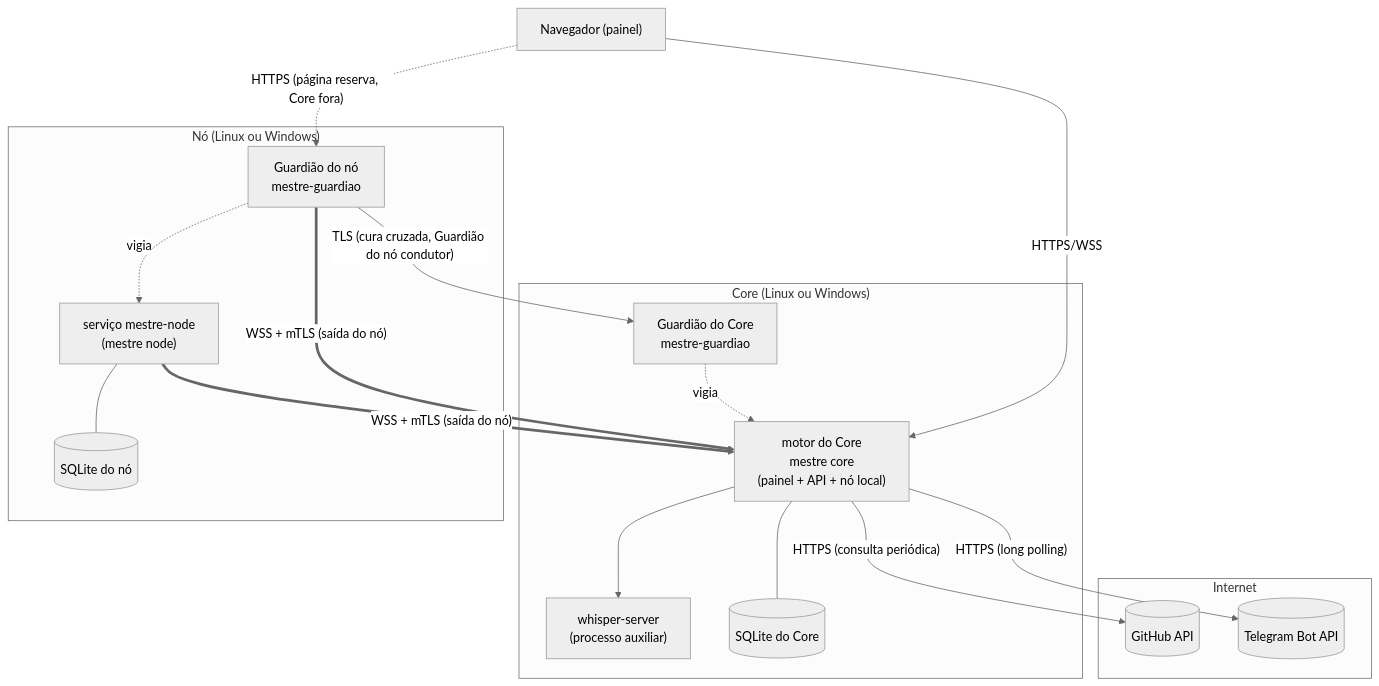
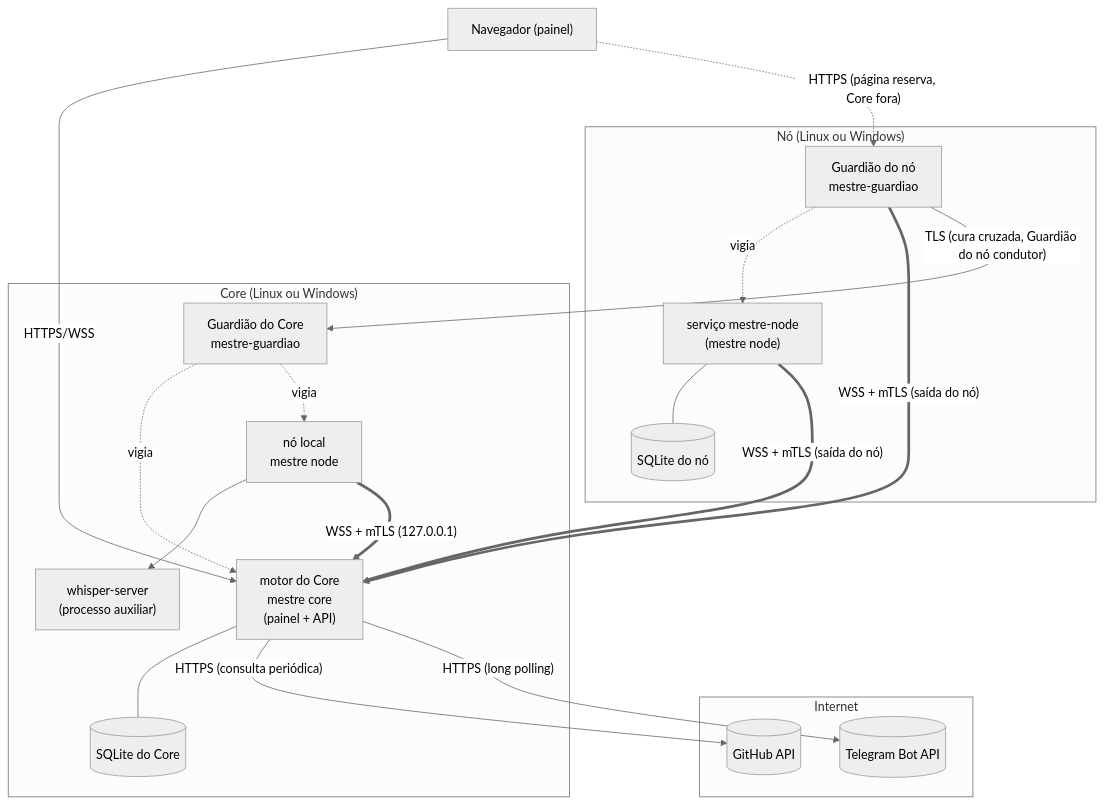
One commit to lucasndas/mestre changed the diagram in docs/arquitetura/visao-geral.md. Above: the diagram before and after it, drawn with Mermaid (neutral theme). The commit also changed other lines of this file and 110 other files, not shown here.

````diff
--- a/docs/arquitetura/visao-geral.md
+++ b/docs/arquitetura/visao-geral.md
@@ -16,31 +16,34 @@
 ```mermaid
 flowchart TB
   subgraph Internet
     GH[(GitHub API)]
     TG[(Telegram Bot API)]
   end
   subgraph Core["Core (Linux ou Windows)"]
-    MC["motor do Core<br/>mestre core<br/>(painel + API + nó local)"]
+    MC["motor do Core<br/>mestre core<br/>(painel + API)"]
+    NL["nó local<br/>mestre node"]
     GC["Guardião do Core<br/>mestre-guardiao"]
     WS["whisper-server<br/>(processo auxiliar)"]
     DBC[(SQLite do Core)]
     MC --- DBC
-    MC --> WS
+    NL --> WS
+    NL == "WSS + mTLS (127.0.0.1)" ==> MC
     GC -. vigia .-> MC
+    GC -. vigia .-> NL
   end
   subgraph No["Nó (Linux ou Windows)"]
     MN["serviço mestre-node<br/>(mestre node)"]
     GN["Guardião do nó<br/>mestre-guardiao"]
     DBN[(SQLite do nó)]
     MN --- DBN
     GN -. vigia .-> MN
   end
   NAV["Navegador (painel)"]
   MN == "WSS + mTLS (saída do nó)" ==> MC
   GN == "WSS + mTLS (saída do nó)" ==> MC
   GN -- "TLS (cura cruzada, Guardião do nó condutor)" --> GC
   NAV -- HTTPS/WSS --> MC
   NAV -. "HTTPS (página reserva, Core fora)" .-> GN
   MC -- "HTTPS (consulta periódica)" --> GH
   MC -- "HTTPS (long polling)" --> TG
 ```
````
